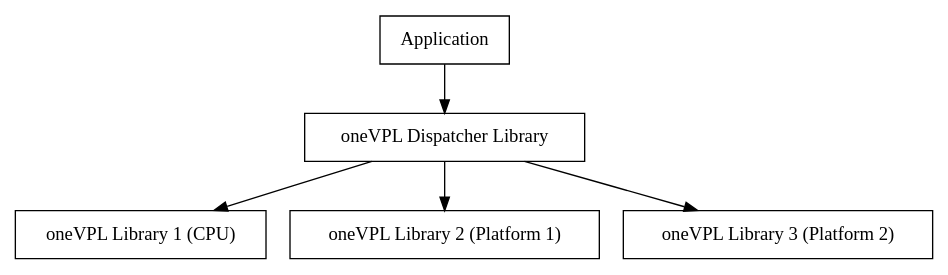
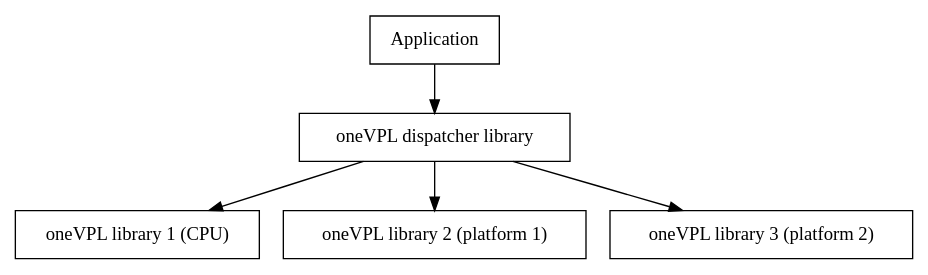
One commit to uxlfoundation/oneAPI-spec changed the diagram in source/elements/oneVPL/source/architecture/index.rst. Above: the diagram before and after it, drawn with Graphviz. The commit also changed 31 other files, not shown here.

Commit message:
[oneVPL] 1.0 spec drop

```diff
--- a/source/elements/oneVPL/source/architecture/index.rst
+++ b/source/elements/oneVPL/source/architecture/index.rst
@@ -35,15 +35,15 @@
 .. graphviz::
    :caption: oneVPL dispatching mechanism
 
    digraph {
      rankdir=TB;
      Application [shape=record label="Application" ];
-     Sdk [shape=record  label="oneVPL Dispatcher Library"];
-     Lib1 [shape=record  label="oneVPL Library 1 (CPU)"];
-     Lib2 [shape=record  label="oneVPL Library 2 (Platform 1)"];
-     Lib3 [shape=record  label="oneVPL Library 3 (Platform 2)"];
+     Sdk [shape=record  label="oneVPL dispatcher library"];
+     Lib1 [shape=record  label="oneVPL library 1 (CPU)"];
+     Lib2 [shape=record  label="oneVPL library 2 (platform 1)"];
+     Lib3 [shape=record  label="oneVPL library 3 (platform 2)"];
      Application->Sdk;
      Sdk->Lib1;
      Sdk->Lib2;
      Sdk->Lib3;
    }
```
